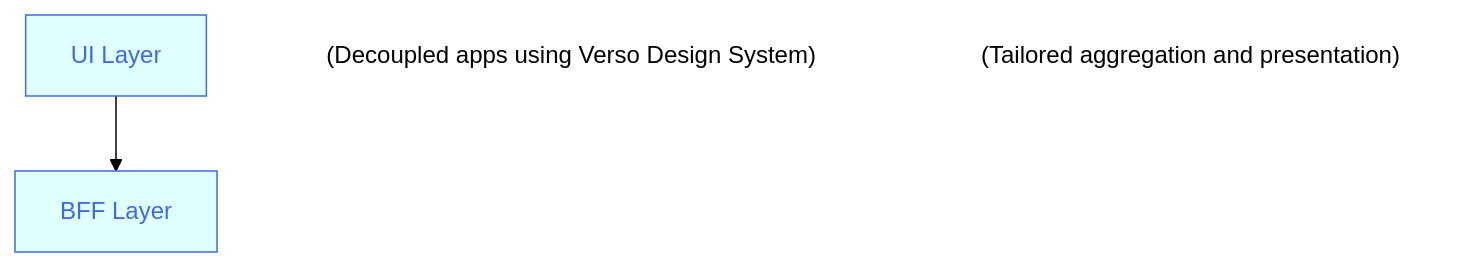
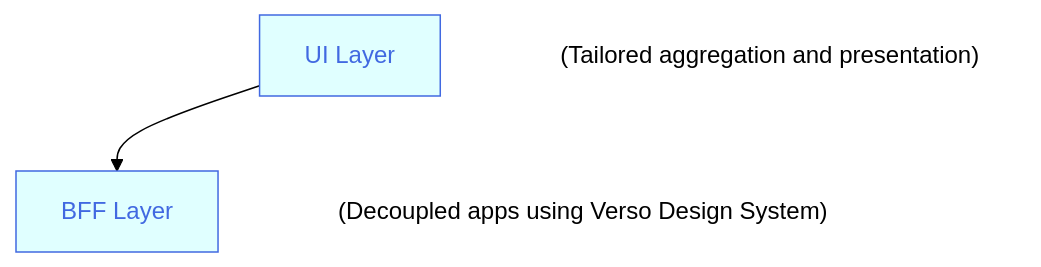
One commit to joe-dorward/samples changed the diagram in buttons_mermaid_v3.md. Above: the diagram before and after it, drawn with Mermaid (forest theme).

````diff
--- a/buttons_mermaid_v3.md
+++ b/buttons_mermaid_v3.md
@@ -3,33 +3,37 @@
 ```mermaid
   %%{
     init: {"flowchart": { "markdownAutoWrap":"false", "textWrap":"false", "wrappingWidth": "100%" }
     }
   }%%
   flowchart TD
 
   %% define styles
   classDef Button fill:lightcyan, stroke:royalblue, color:royalblue;
   classDef Note fill:transparent, stroke:white, text-align:left;
   %% ---------- ---------- ---------- ---------- ---------- ---------- ---------- ---------- ---------- ----------
 
     BUTTON_01[UI Layer]:::Button
     click BUTTON_01 "https://en.wikipedia.org/wiki/Main_Page" _blank
     BUTTON_01_NOTE["(Decoupled apps using Verso Design System)"]:::Note
   
     %% connect button to note
     %%BUTTON_01-.-o
     %%BUTTON_01_NOTE
 
   %% ---------- ---------- ---------- ---------- ---------- ---------- ---------- ---------- ---------- ----------
 
     BUTTON_02[BFF Layer]:::Button
     click BUTTON_02 "https://en.wikipedia.org/wiki/Main_Page" _blank
     BUTTON_02_NOTE["(Tailored aggregation and presentation)"]:::Note
   
     %% connect button to note
     %%BUTTON_02-.-o
     %%BUTTON_02_NOTE
  
   %% ---------- ---------- ---------- ---------- ---------- ---------- ---------- ---------- ---------- ----------
-BUTTON_01-->BUTTON_02
+  BUTTON_01-->BUTTON_02
+
+  BUTTON_01~~~
+  BUTTON_01_NOTE
+
 ```
````
